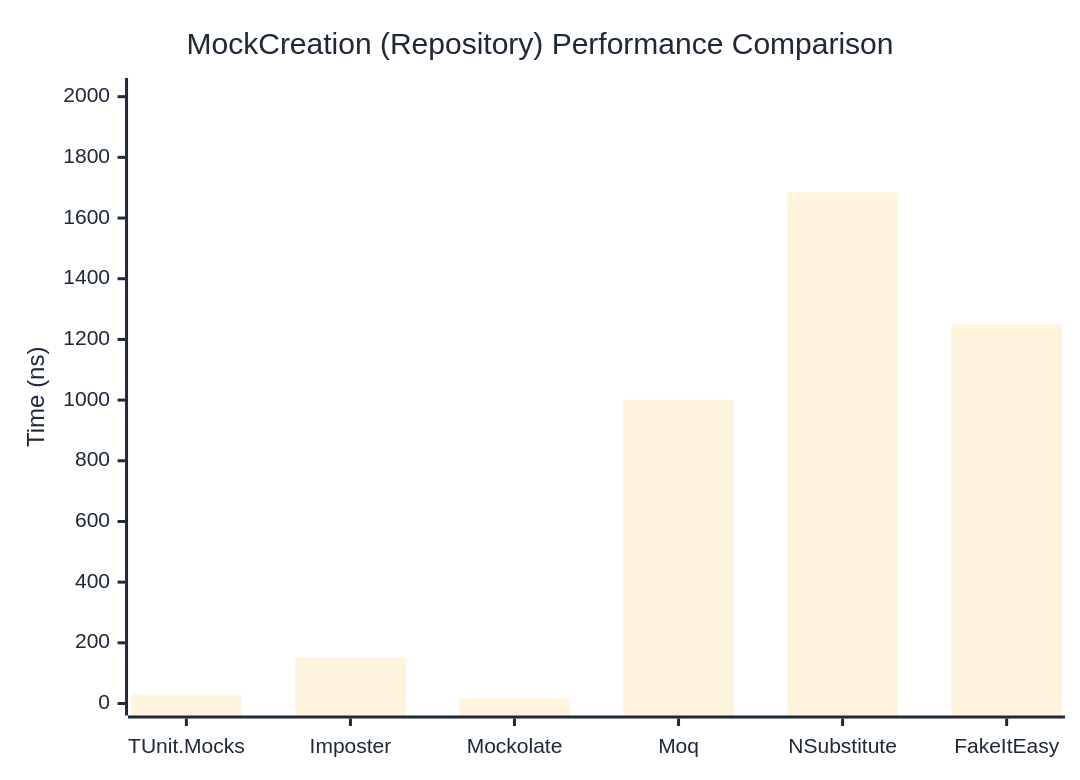
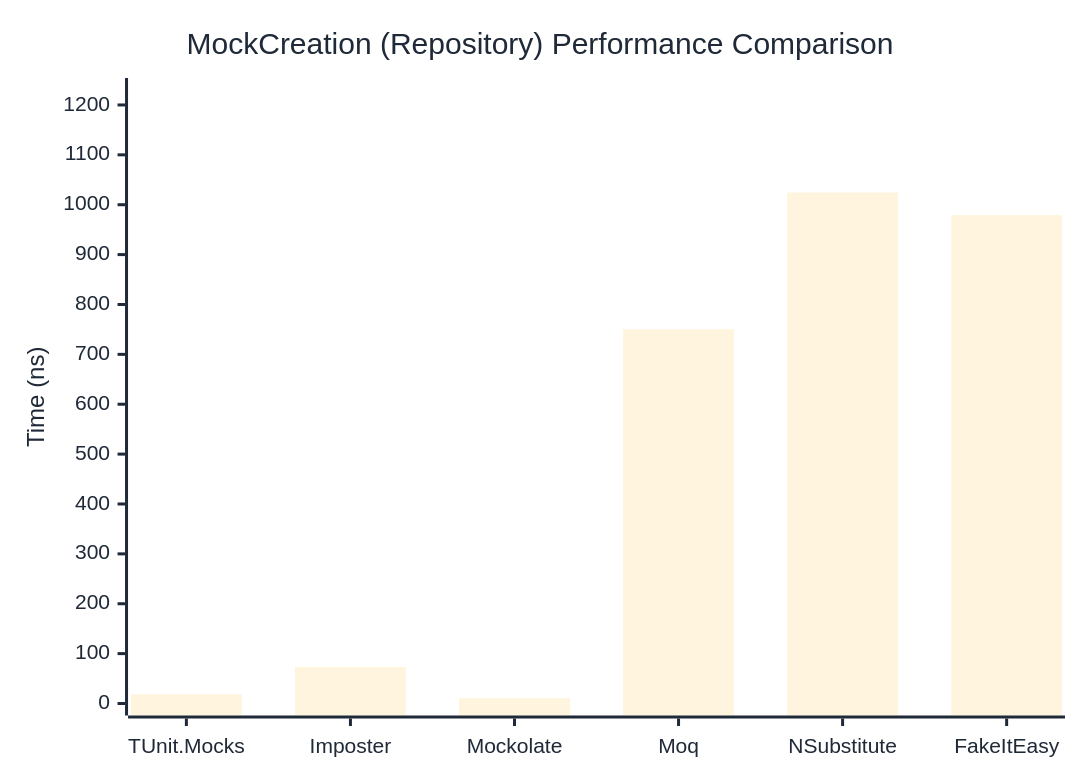
One commit to thomhurst/TUnit changed the second of 2 diagrams in docs/docs/benchmarks/mocks/MockCreation.md. Above: the diagram before and after it, drawn with Mermaid. The commit also changed other lines of this file and 14 other files, not shown here.

````diff
--- a/docs/docs/benchmarks/mocks/MockCreation.md
+++ b/docs/docs/benchmarks/mocks/MockCreation.md
@@ -71,27 +71,27 @@
 ```mermaid
 %%{init: {
   'theme':'base',
   'themeVariables': {
     'primaryColor': '#2563eb',
     'primaryTextColor': '#1f2937',
     'primaryBorderColor': '#1e40af',
     'lineColor': '#6b7280',
     'secondaryColor': '#7c3aed',
     'tertiaryColor': '#dc2626',
     'background': '#ffffff',
     'pie1': '#2563eb',
     'pie2': '#7c3aed',
     'pie3': '#dc2626',
     'pie4': '#f59e0b',
     'pie5': '#10b981',
     'pie6': '#06b6d4',
     'pie7': '#ec4899',
     'pie8': '#6366f1'
   }
 }}%%
 xychart-beta
   title "MockCreation (Repository) Performance Comparison"
   x-axis ["TUnit.Mocks", "Imposter", "Mockolate", "Moq", "NSubstitute", "FakeItEasy"]
-  y-axis "Time (ns)" 0 --> 2022
-  bar [29.52, 151.23, 17.21, 1000.92, 1684.81, 1250.42]
+  y-axis "Time (ns)" 0 --> 1230
+  bar [18.37, 73.25, 10.84, 750.33, 1024.43, 979.12]
 ```
````
